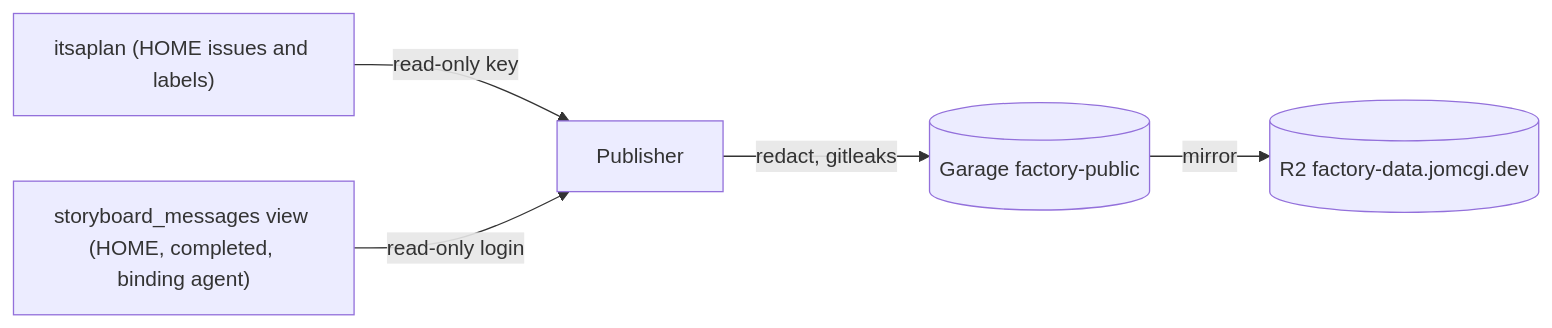
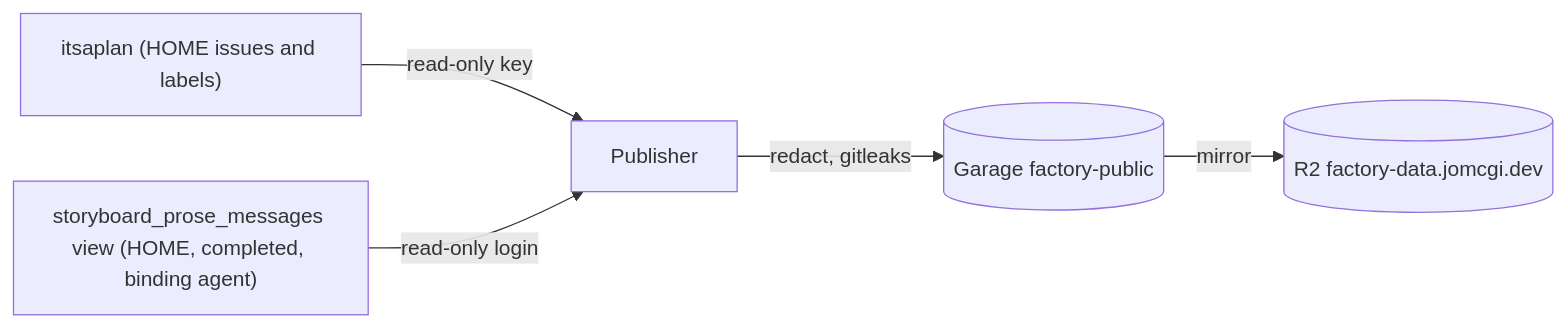
The diagram in projects/factory-storyboard/ARCHITECTURE.md (jomcgi-org/homelab), drawn with Mermaid before and after one commit. The commit also changed 7 other files, not shown here.

First line of the commit message:
fix(storyboard): restore prior prose selection on pin rollback

````diff
--- a/projects/factory-storyboard/ARCHITECTURE.md
+++ b/projects/factory-storyboard/ARCHITECTURE.md
@@ -35,7 +35,7 @@
 ```mermaid
 flowchart LR
   I["itsaplan (HOME issues and labels)"] -->|read-only key| P[Publisher]
-  V["storyboard_messages view (HOME, completed, binding agent)"] -->|read-only login| P
+  V["storyboard_prose_messages view (HOME, completed, binding agent)"] -->|read-only login| P
   P -->|redact, gitleaks| G[(Garage factory-public)]
   G -->|mirror| R[(R2 factory-data.jomcgi.dev)]
 ```
````
